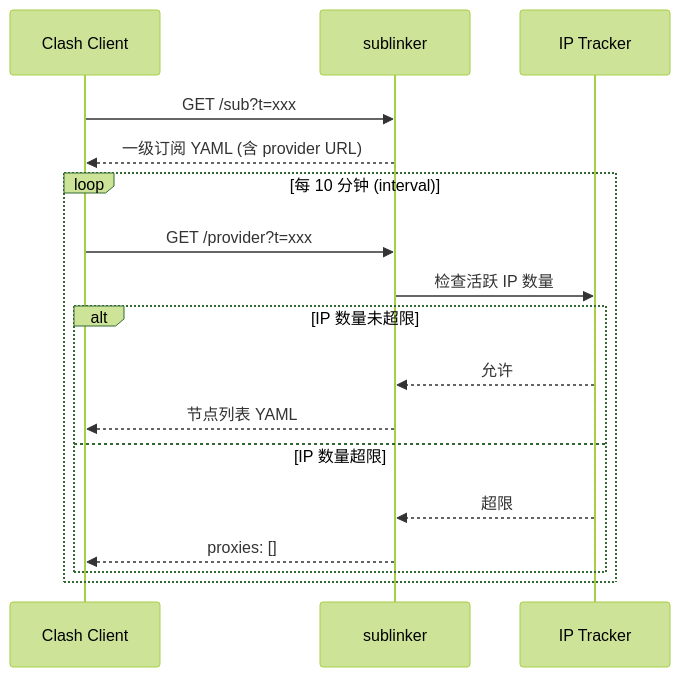
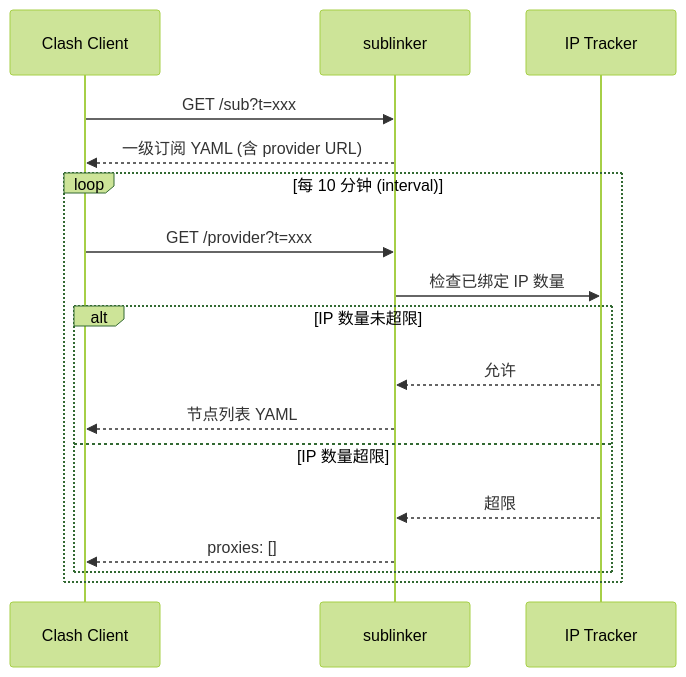
One commit to zenvor/sublinker changed the diagram in README.md. Above: the diagram before and after it, drawn with Mermaid (forest theme). The commit also changed other lines of this file and 2 other files, not shown here.

````diff
--- a/README.md
+++ b/README.md
@@ -37,21 +37,21 @@
 ```mermaid
 sequenceDiagram
     participant C as Clash Client
     participant G as sublinker
     participant IP as IP Tracker
 
     C->>G: GET /sub?t=xxx
     G-->>C: 一级订阅 YAML (含 provider URL)
 
     loop 每 10 分钟 (interval)
         C->>G: GET /provider?t=xxx
-        G->>IP: 检查活跃 IP 数量
+        G->>IP: 检查已绑定 IP 数量
         alt IP 数量未超限
             IP-->>G: 允许
             G-->>C: 节点列表 YAML
         else IP 数量超限
             IP-->>G: 超限
             G-->>C: proxies: []
         end
     end
 ```
````
